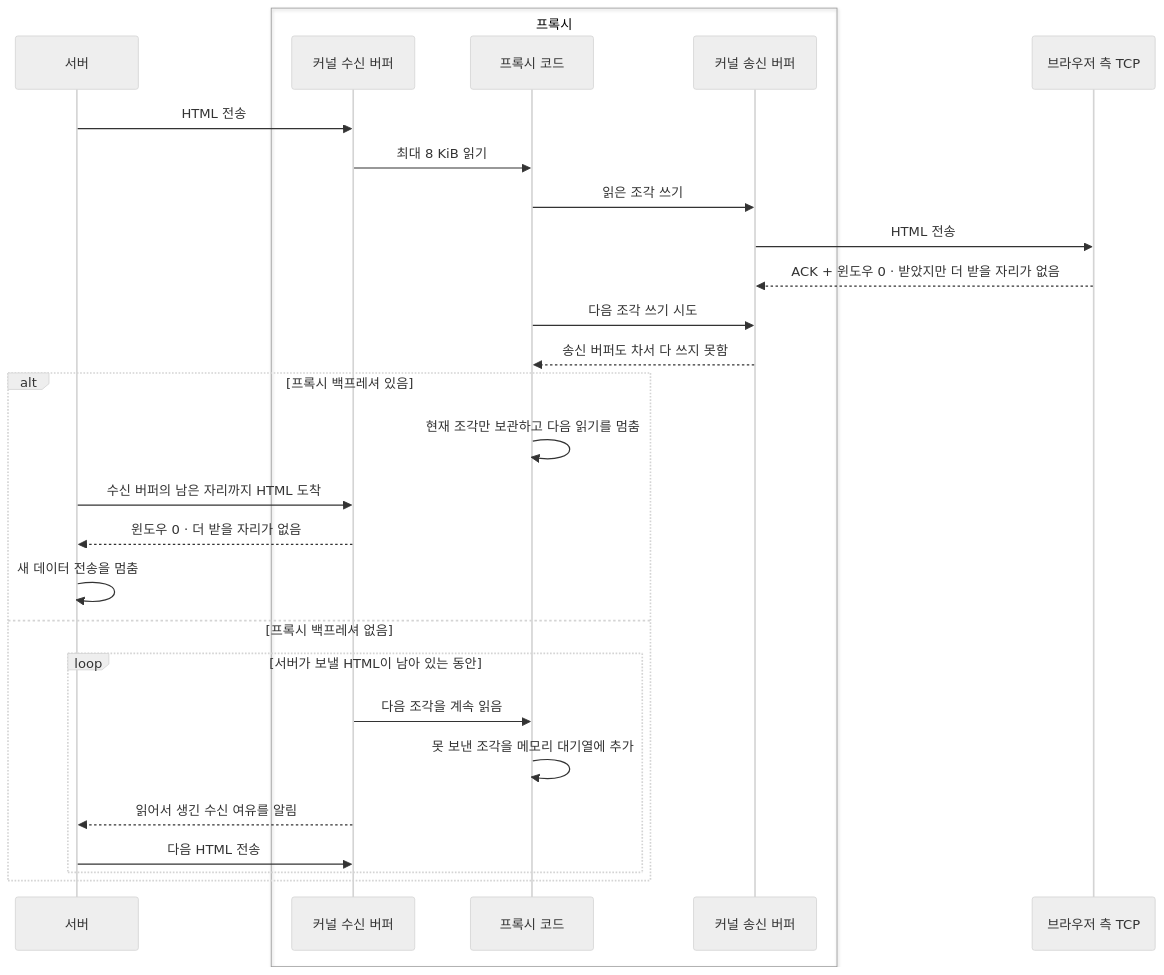
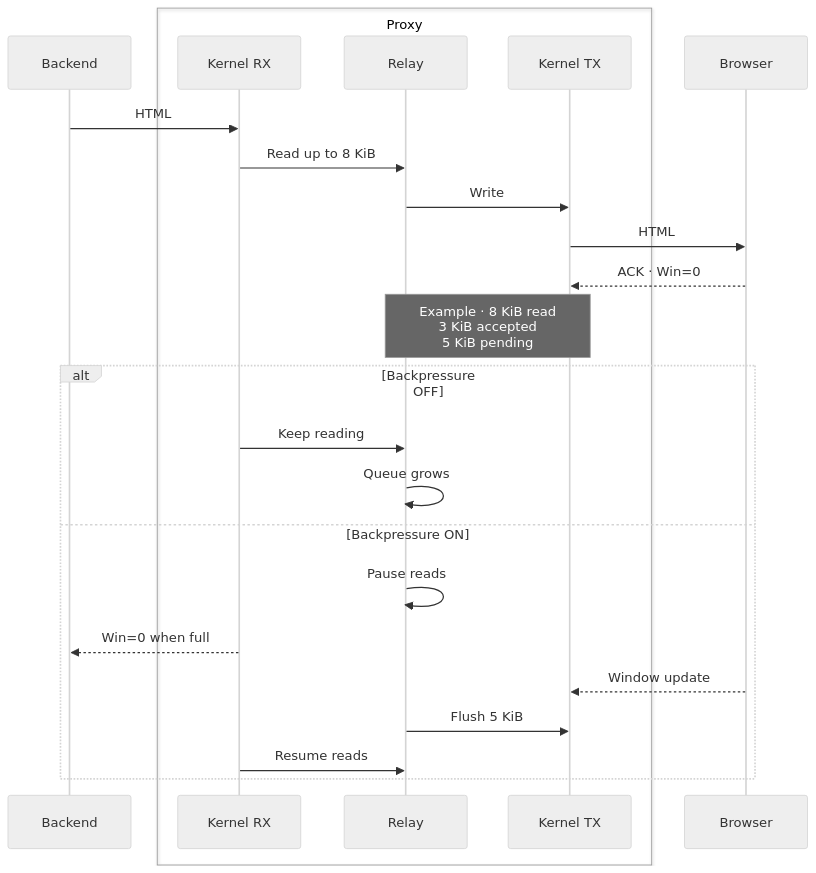
The eighth of 8 diagrams in README.md (benjohnbill/mini-webserver), drawn with Mermaid (neutral theme) before and after one commit. The commit also changed other lines of this file and 2 other files, not shown here.

Commit message:
Simplify README overview and server diagram

````diff
--- a/README.md
+++ b/README.md
@@ -84,32 +232,28 @@
 ```mermaid
 sequenceDiagram
-    participant S as 서버
-    box 프록시
-        participant R as 커널 수신 버퍼
-        participant P as 프록시 코드
-        participant W as 커널 송신 버퍼
+    participant S as Backend
+    box Proxy
+        participant R as Kernel RX
+        participant P as Relay
+        participant W as Kernel TX
     end
-    participant B as 브라우저 측 TCP
+    participant B as Browser
 
-    S->>R: HTML 전송
-    R->>P: 최대 8 KiB 읽기
-    P->>W: 읽은 조각 쓰기
-    W->>B: HTML 전송
-    B-->>W: ACK + 윈도우 0 · 받았지만 더 받을 자리가 없음
-    P->>W: 다음 조각 쓰기 시도
-    W-->>P: 송신 버퍼도 차서 다 쓰지 못함
+    S->>R: HTML
+    R->>P: Read up to 8 KiB
+    P->>W: Write
+    W->>B: HTML
+    B-->>W: ACK · Win=0
+    Note over P,W: Example · 8 KiB read<br/>3 KiB accepted<br/>5 KiB pending
 
-    alt 프록시 백프레셔 있음
-        P->>P: 현재 조각만 보관하고 다음 읽기를 멈춤
-        S->>R: 수신 버퍼의 남은 자리까지 HTML 도착
-        R-->>S: 윈도우 0 · 더 받을 자리가 없음
-        S->>S: 새 데이터 전송을 멈춤
-    else 프록시 백프레셔 없음
-        loop 서버가 보낼 HTML이 남아 있는 동안
-            R->>P: 다음 조각을 계속 읽음
-            P->>P: 못 보낸 조각을 메모리 대기열에 추가
-            R-->>S: 읽어서 생긴 수신 여유를 알림
-            S->>R: 다음 HTML 전송
-        end
+    alt Backpressure OFF
+        R->>P: Keep reading
+        P->>P: Queue grows
+    else Backpressure ON
+        P->>P: Pause reads
+        R-->>S: Win=0 when full
+        B-->>W: Window update
+        P->>W: Flush 5 KiB
+        R->>P: Resume reads
     end
 ```
````
